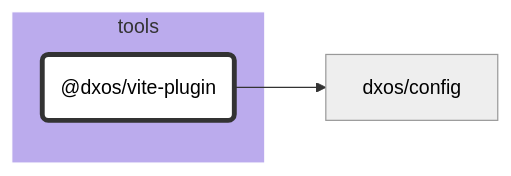
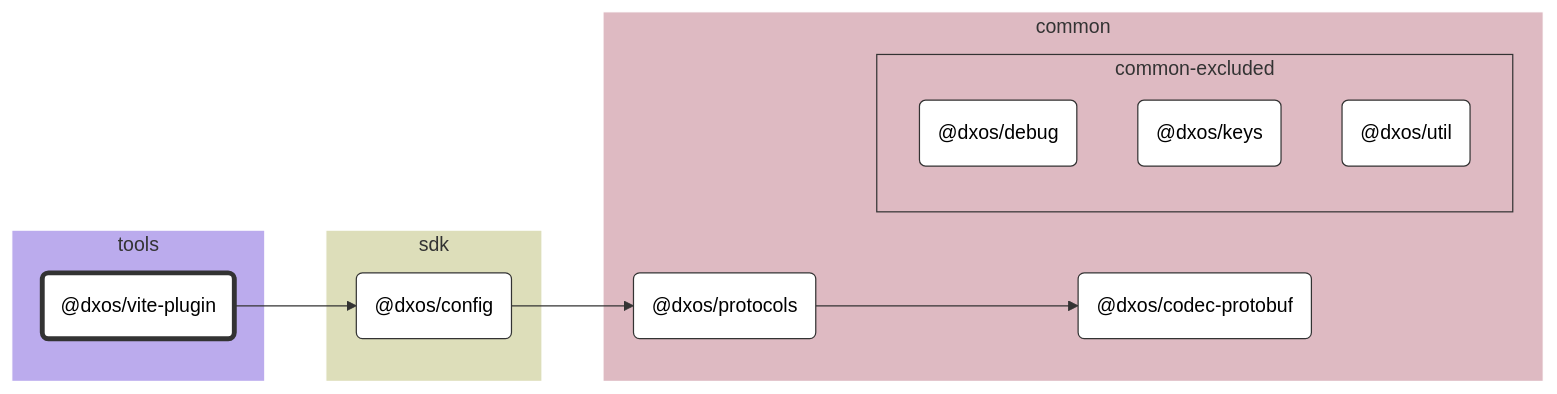
Before and after one commit to dxos/dxos: the diagram in tools/vite-plugin/docs/README.md, drawn with Mermaid (neutral theme). The commit also changed 69 other files, not shown here.

````diff
--- a/tools/vite-plugin/docs/README.md
+++ b/tools/vite-plugin/docs/README.md
@@ -7,21 +7,47 @@
 ```mermaid
 %%{ init: {'flowchart':{'curve':'basis'}} }%%
 
 flowchart LR
 
 %% Classes
 classDef def fill:#fff,stroke:#333,stroke-width:1px
 classDef root fill:#fff,stroke:#333,stroke-width:4px
 
 %% Nodes
 
 subgraph tools [tools]
   style tools fill:#bbabed,stroke:#fff
   dxos/vite-plugin("@dxos/vite-plugin"):::root
   click dxos/vite-plugin "dxos/dxos/tree/main/tools/vite-plugin/docs"
 end
 
+subgraph sdk [sdk]
+  style sdk fill:#dddeba,stroke:#fff
+  dxos/config("@dxos/config"):::def
+  click dxos/config "dxos/dxos/tree/main/packages/sdk/config/docs"
+end
+
+subgraph common [common]
+  style common fill:#debac2,stroke:#fff
+  dxos/codec-protobuf("@dxos/codec-protobuf"):::def
+  click dxos/codec-protobuf "dxos/dxos/tree/main/packages/common/codec-protobuf/docs"
+  dxos/protocols("@dxos/protocols"):::def
+  click dxos/protocols "dxos/dxos/tree/main/packages/common/protocols/docs"
+
+  subgraph common-excluded [common-excluded]
+    style common-excluded fill:#debac2,stroke:#333,stroke-dashed:5 5
+    dxos/debug("@dxos/debug"):::def
+    click dxos/debug "dxos/dxos/tree/main/packages/common/debug/docs"
+    dxos/keys("@dxos/keys"):::def
+    click dxos/keys "dxos/dxos/tree/main/packages/common/keys/docs"
+    dxos/util("@dxos/util"):::def
+    click dxos/util "dxos/dxos/tree/main/packages/common/util/docs"
+  end
+end
+
 %% Links
 linkStyle default stroke:#333,stroke-width:1px
 dxos/vite-plugin --> dxos/config
+dxos/config --> dxos/protocols
+dxos/protocols --> dxos/codec-protobuf
 ```
````
